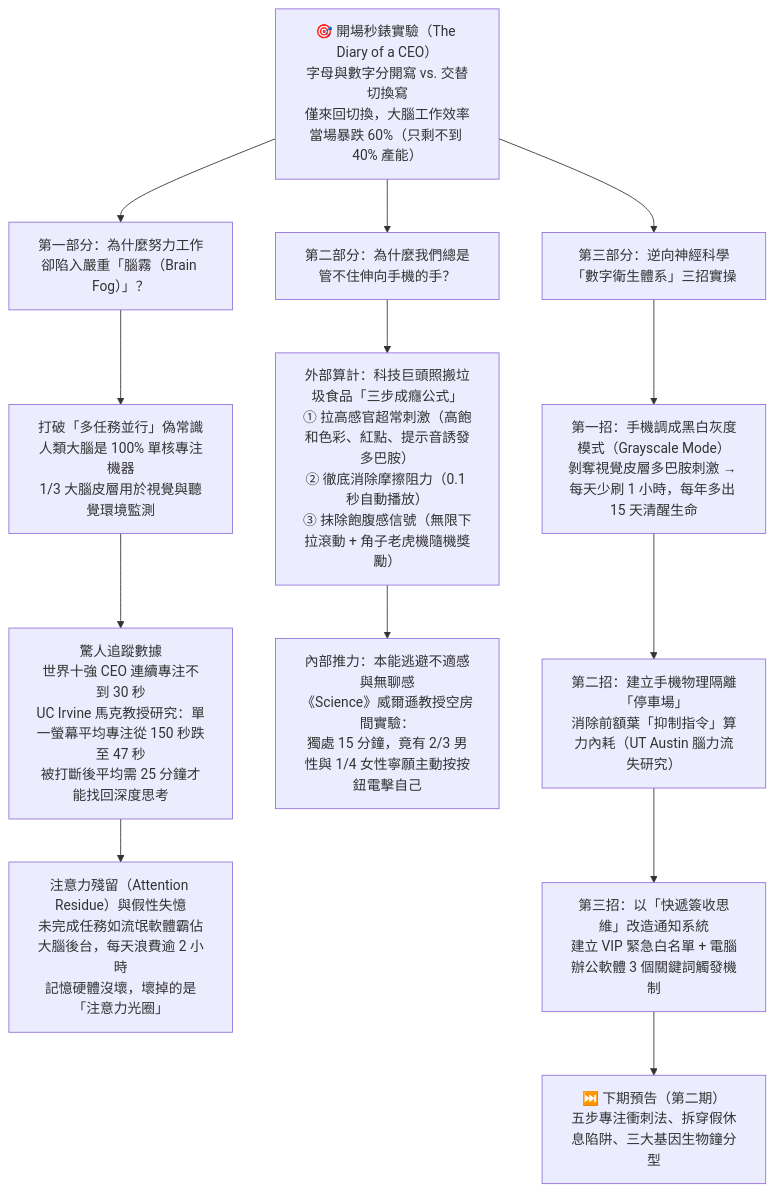
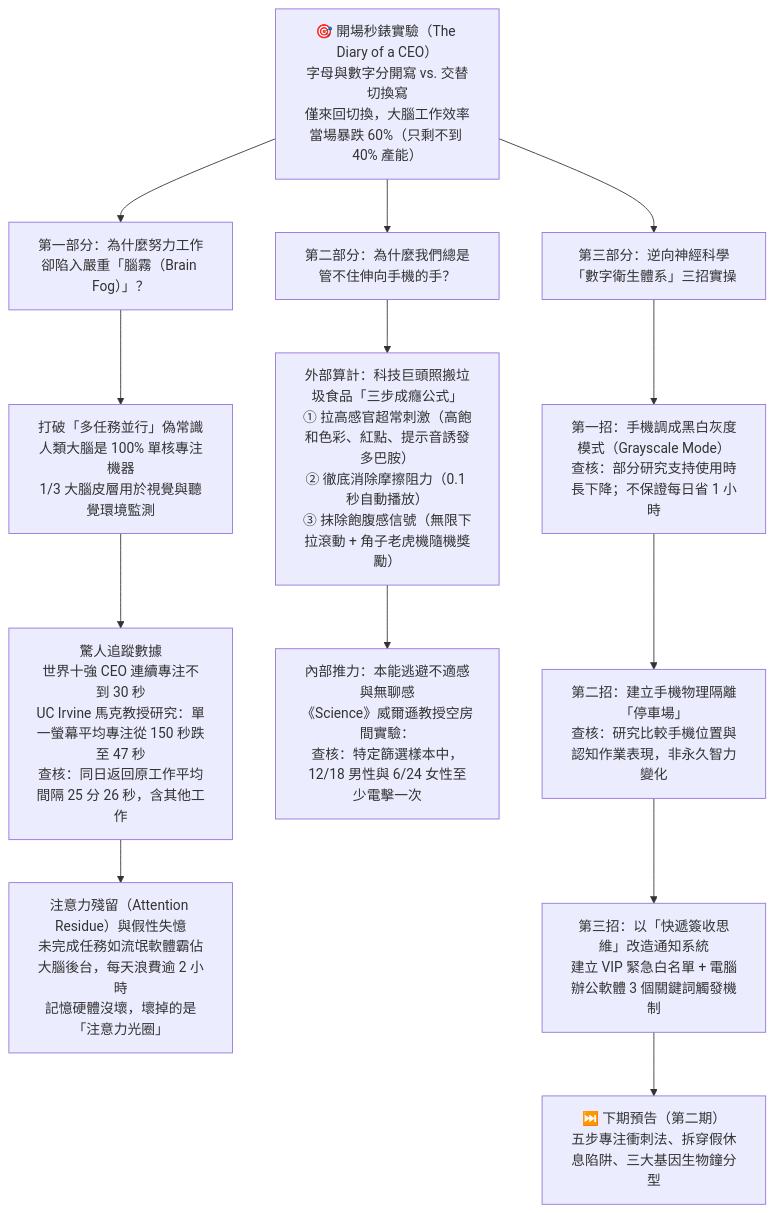
The diagram in AI/sahar_yousef_grayscale_brain_fog_transcript_1118.md (joelhoty/onclassbyJoel), drawn with Mermaid before and after one commit. The commit also changed other lines of this file and 10 other files, not shown here.

````diff
--- a/AI/sahar_yousef_grayscale_brain_fog_transcript_1118.md
+++ b/AI/sahar_yousef_grayscale_brain_fog_transcript_1118.md
@@ -15,18 +33,18 @@
 ```mermaid
 flowchart TD
     A["🎯 開場秒錶實驗（The Diary of a CEO）<br/>字母與數字分開寫 vs. 交替切換寫<br/>僅來回切換，大腦工作效率當場暴跌 60%（只剩不到 40% 產能）"] --> B["第一部分：為什麼努力工作卻陷入嚴重「腦霧（Brain Fog）」？"]
     A --> C["第二部分：為什麼我們總是管不住伸向手機的手？"]
     A --> D["第三部分：逆向神經科學「數字衛生體系」三招實操"]
 
     B --> B1["打破「多任務並行」偽常識<br/>人類大腦是 100% 單核專注機器<br/>1/3 大腦皮層用於視覺與聽覺環境監測"]
-    B1 --> B2["驚人追蹤數據<br/>世界十強 CEO 連續專注不到 30 秒<br/>UC Irvine 馬克教授研究：單一螢幕平均專注從 150 秒跌至 47 秒<br/>被打斷後平均需 25 分鐘才能找回深度思考"]
+    B1 --> B2["驚人追蹤數據<br/>世界十強 CEO 連續專注不到 30 秒<br/>UC Irvine 馬克教授研究：單一螢幕平均專注從 150 秒跌至 47 秒<br/>查核：同日返回原工作平均間隔 25 分 26 秒，含其他工作"]
     B2 --> B3["注意力殘留（Attention Residue）與假性失憶<br/>未完成任務如流氓軟體霸佔大腦後台，每天浪費逾 2 小時<br/>記憶硬體沒壞，壞掉的是「注意力光圈」"]
 
     C --> C1["外部算計：科技巨頭照搬垃圾食品「三步成癮公式」<br/>① 拉高感官超常刺激（高飽和色彩、紅點、提示音誘發多巴胺）<br/>② 徹底消除摩擦阻力（0.1 秒自動播放）<br/>③ 抹除飽腹感信號（無限下拉滾動 + 角子老虎機隨機獎勵）"]
-    C1 --> C2["內部推力：本能逃避不適感與無聊感<br/>《Science》威爾遜教授空房間實驗：<br/>獨處 15 分鐘，竟有 2/3 男性與 1/4 女性寧願主動按按鈕電擊自己"]
+    C1 --> C2["內部推力：本能逃避不適感與無聊感<br/>《Science》威爾遜教授空房間實驗：<br/>查核：特定篩選樣本中，12/18 男性與 6/24 女性至少電擊一次"]
 
-    D --> D1["第一招：手機調成黑白灰度模式（Grayscale Mode）<br/>剝奪視覺皮層多巴胺刺激 → 每天少刷 1 小時，每年多出 15 天清醒生命"]
-    D1 --> D2["第二招：建立手機物理隔離「停車場」<br/>消除前額葉「抑制指令」算力內耗（UT Austin 腦力流失研究）"]
+    D --> D1["第一招：手機調成黑白灰度模式（Grayscale Mode）<br/>查核：部分研究支持使用時長下降；不保證每日省 1 小時"]
+    D1 --> D2["第二招：建立手機物理隔離「停車場」<br/>查核：研究比較手機位置與認知作業表現，非永久智力變化"]
     D2 --> D3["第三招：以「快遞簽收思維」改造通知系統<br/>建立 VIP 緊急白名單 + 電腦辦公軟體 3 個關鍵詞觸發機制"]
     D3 --> E["⏭️ 下期預告（第二期）<br/>五步專注衝刺法、拆穿假休息陷阱、三大基因生物鐘分型"]
 ```
````
